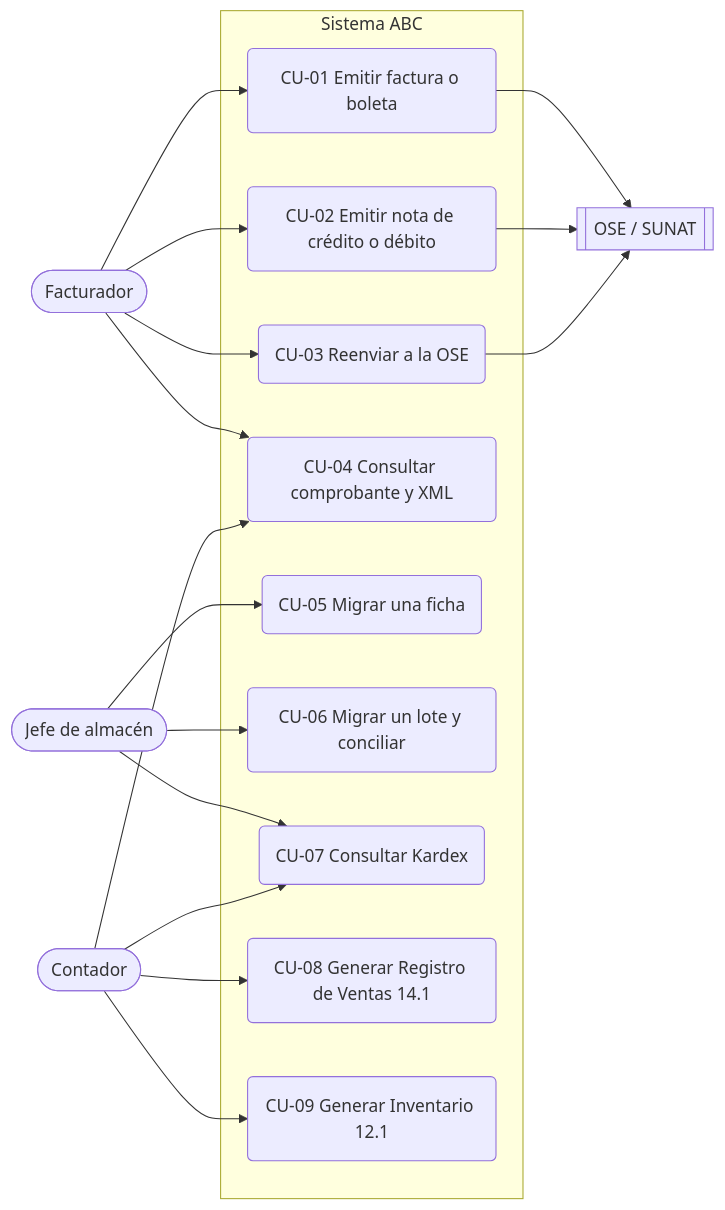
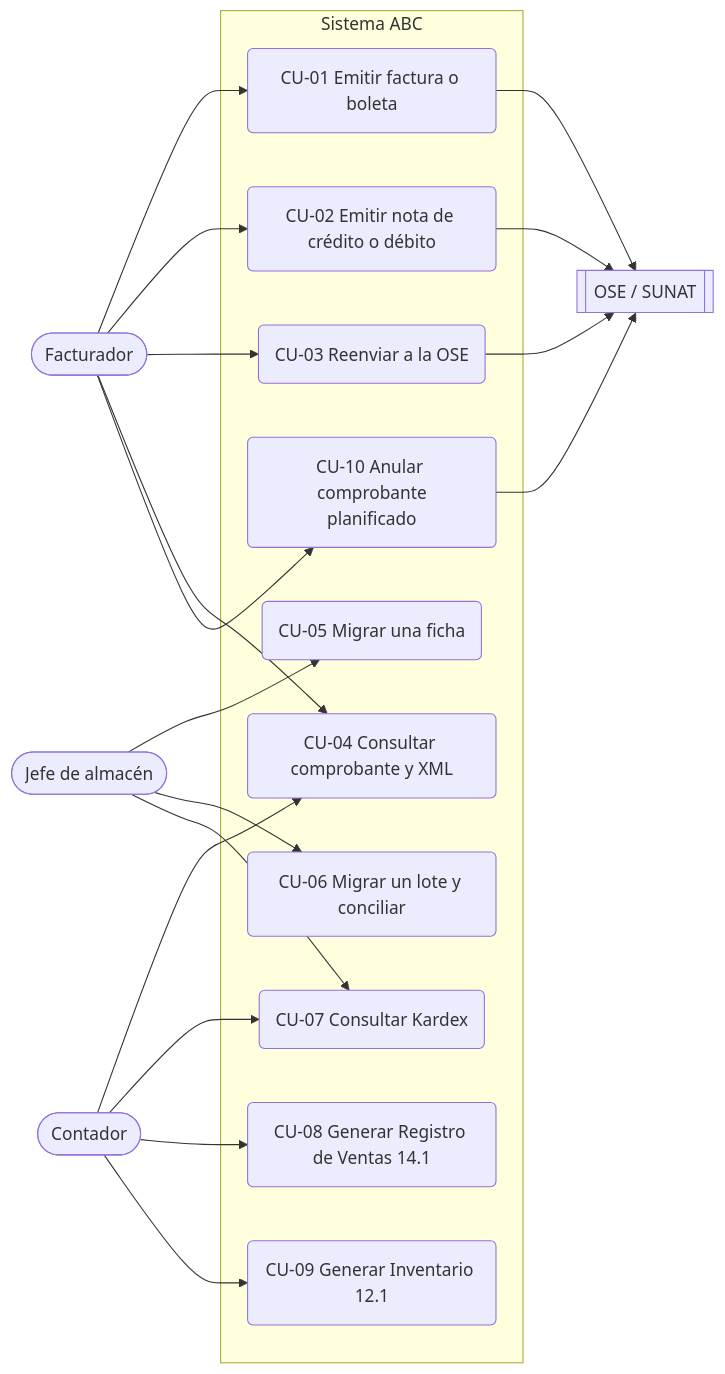
One commit to Melor-Smith/ARQUITECTURA changed the diagram in docs/analisis/03-casos-de-uso.md. Above: the diagram before and after it, drawn with Mermaid. The commit also changed other lines of this file and 3 other files, not shown here.

````diff
--- a/docs/analisis/03-casos-de-uso.md
+++ b/docs/analisis/03-casos-de-uso.md
@@ -15,22 +15,23 @@
 ```mermaid
 flowchart LR
     F([Facturador])
     A([Jefe de almacén])
     C([Contador])
     O[[OSE / SUNAT]]
     subgraph S["Sistema ABC"]
         CU1(CU-01 Emitir factura o boleta)
         CU2(CU-02 Emitir nota de crédito o débito)
         CU3(CU-03 Reenviar a la OSE)
         CU4(CU-04 Consultar comprobante y XML)
         CU5(CU-05 Migrar una ficha)
         CU6(CU-06 Migrar un lote y conciliar)
         CU7(CU-07 Consultar Kardex)
         CU8(CU-08 Generar Registro de Ventas 14.1)
         CU9(CU-09 Generar Inventario 12.1)
+        CU10(CU-10 Anular comprobante<br/>planificado)
     end
-    F --> CU1 & CU2 & CU3 & CU4
+    F --> CU1 & CU2 & CU3 & CU4 & CU10
     A --> CU5 & CU6 & CU7
     C --> CU4 & CU7 & CU8 & CU9
-    CU1 & CU2 & CU3 --> O
+    CU1 & CU2 & CU3 & CU10 --> O
 ```
````
